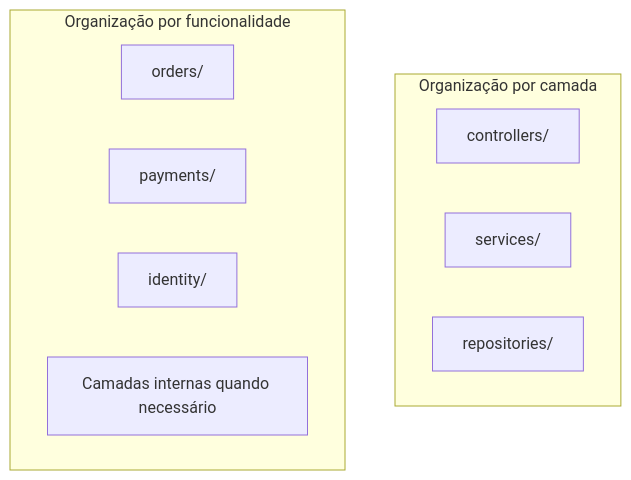
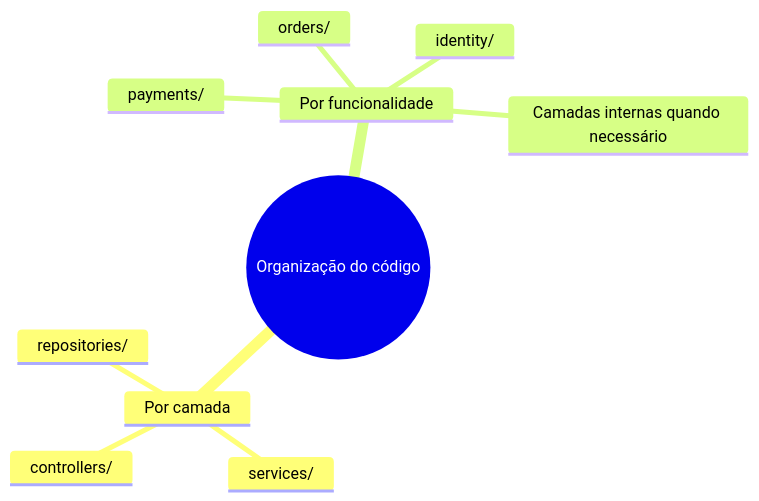
Before and after one commit to dyotamo/blog: the fourth of 4 diagrams in content/pt/articles/architecture-is-not-folder-names/index.md, drawn with Mermaid. The commit also changed other lines of this file and 26 other files, not shown here.

````diff
--- a/content/pt/articles/architecture-is-not-folder-names/index.md
+++ b/content/pt/articles/architecture-is-not-folder-names/index.md
@@ -207,14 +216,13 @@
 ```mermaid
-flowchart TD
-    subgraph Technical[Organização por camada]
-        T1[controllers/]
-        T2[services/]
-        T3[repositories/]
-    end
-    subgraph Feature[Organização por funcionalidade]
-        F1[orders/]
-        F2[payments/]
-        F3[identity/]
-        F4[Camadas internas quando necessário]
-    end
+mindmap
+  root((Organização do código))
+    Por camada
+      controllers/
+      services/
+      repositories/
+    Por funcionalidade
+      orders/
+      payments/
+      identity/
+      Camadas internas quando necessário
 ```
````
